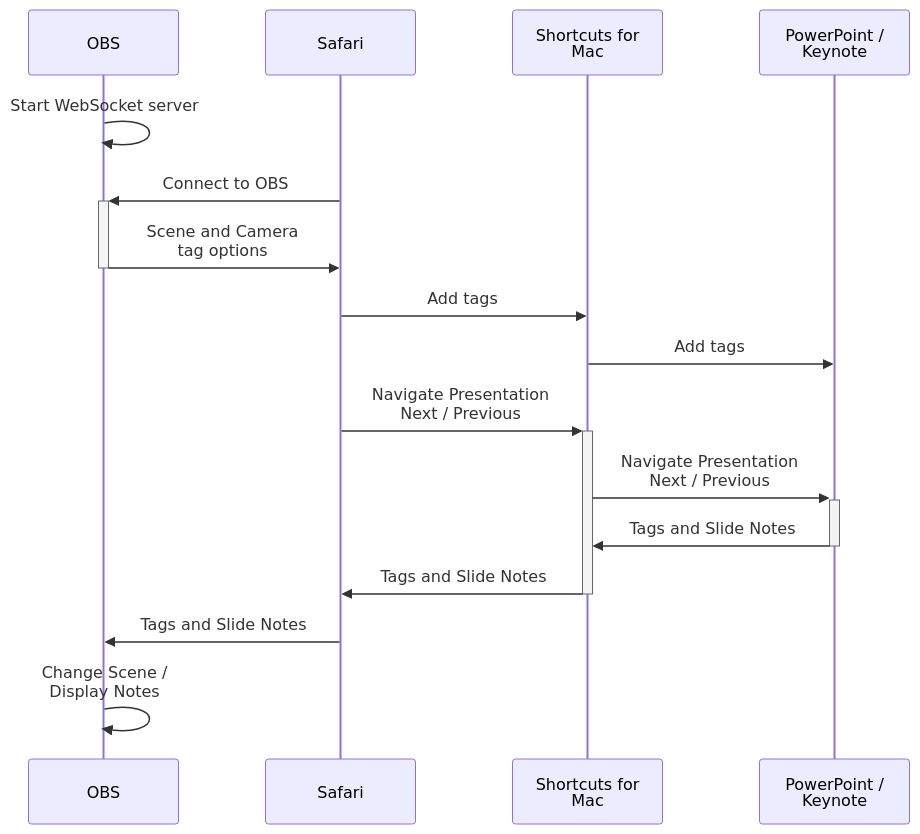
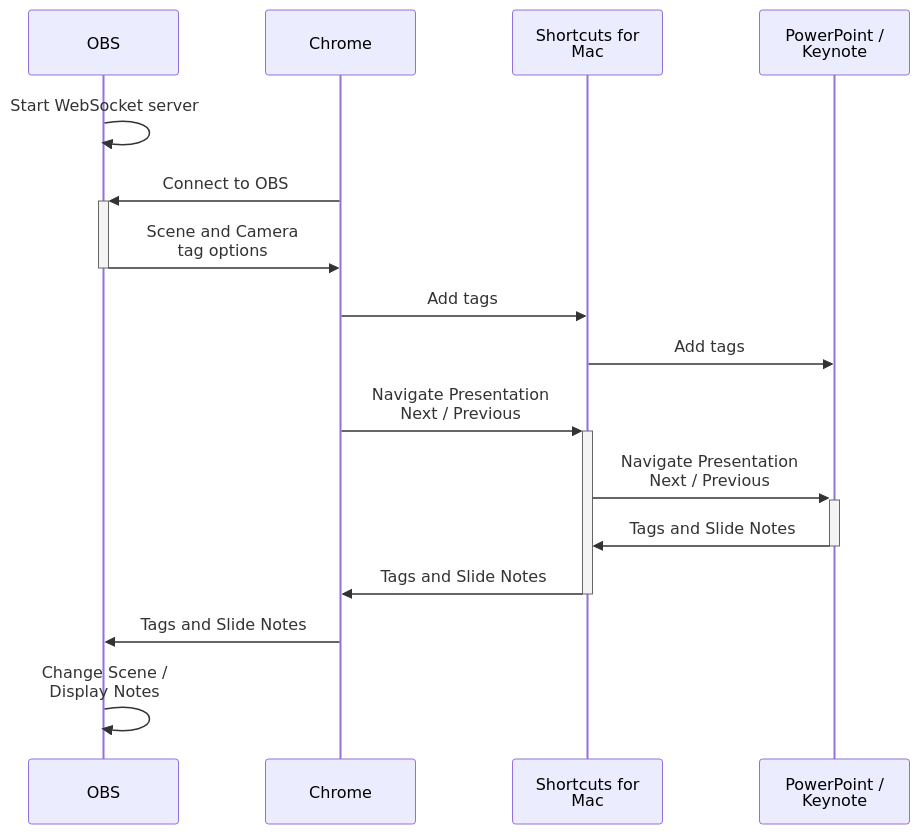
One commit to UUoocl/UUinsome changed the second of 2 diagrams in README.md. Above: the diagram before and after it, drawn with Mermaid. The commit also changed other lines of this file, not shown here.

````diff
--- a/README.md
+++ b/README.md
@@ -107,19 +97,19 @@
 ```mermaid
 sequenceDiagram
 Participant OBS
-Participant S as Safari
+Participant S as Chrome
 Participant SC as Shortcuts for <br/>Mac
 Participant PP as PowerPoint / <br/> Keynote
   OBS->>OBS: Start WebSocket server 
   S ->>+OBS: Connect to OBS 
   OBS->>-S: Scene and Camera <br/>tag options
   S->>SC: Add tags
   SC->>PP: Add tags
   S->>+SC: Navigate Presentation<br/>Next / Previous
   SC->>+PP: Navigate Presentation<br/>Next / Previous
   PP->>-SC: Tags and Slide Notes
   SC->>-S: Tags and Slide Notes
   S ->>OBS: Tags and Slide Notes
   OBS->>OBS:  Change Scene /<BR/> Display Notes
 
 ```
````
